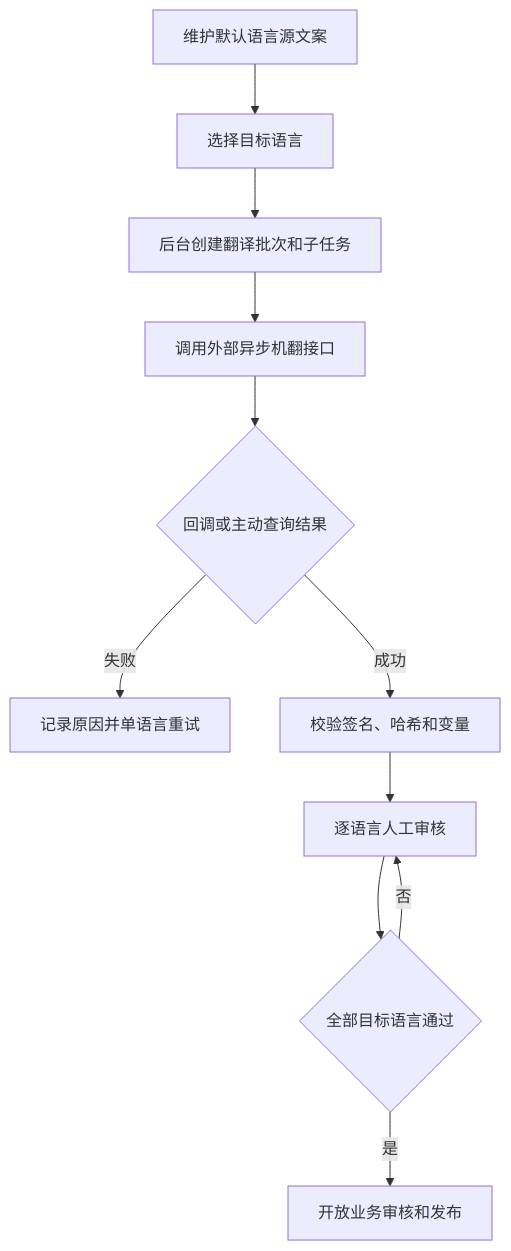
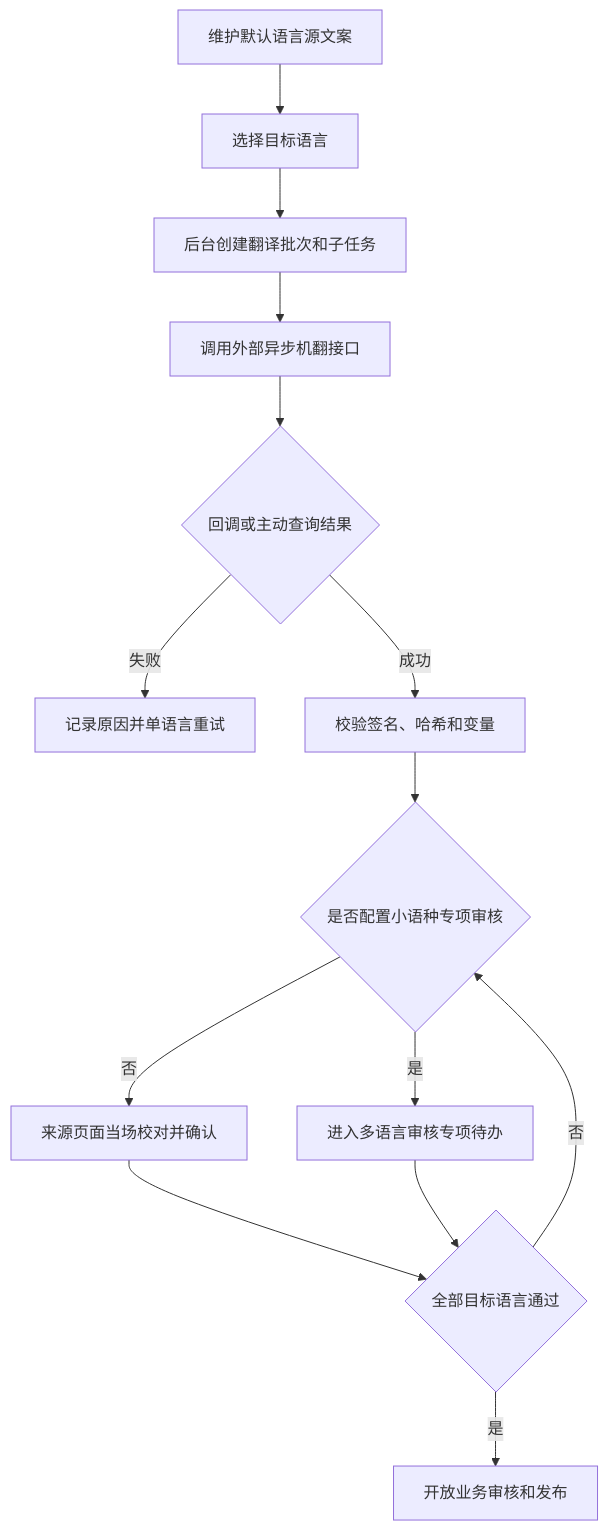
The diagram in MSG/docs/prd/message-center/03-消息模板与多语言.md (Gary20001016/ForX-Finance-Prototype), drawn with Mermaid before and after one commit. The commit also changed other lines of this file and 190 other files, not shown here.

````diff
--- a/MSG/docs/prd/message-center/03-消息模板与多语言.md
+++ b/MSG/docs/prd/message-center/03-消息模板与多语言.md
@@ -31,13 +31,16 @@
 ```mermaid
 flowchart TD
     A["维护默认语言源文案"] --> B["选择目标语言"]
     B --> C["后台创建翻译批次和子任务"]
     C --> D["调用外部异步机翻接口"]
     D --> E{"回调或主动查询结果"}
     E -->|"失败"| F["记录原因并单语言重试"]
     E -->|"成功"| G["校验签名、哈希和变量"]
-    G --> H["逐语言人工审核"]
-    H --> I{"全部目标语言通过"}
+    G --> H{"是否配置小语种专项审核"}
+    H -->|"否"| H1["来源页面当场校对并确认"]
+    H -->|"是"| H2["进入多语言审核专项待办"]
+    H1 --> I{"全部目标语言通过"}
+    H2 --> I
     I -->|"否"| H
     I -->|"是"| J["开放业务审核和发布"]
 ```
````
